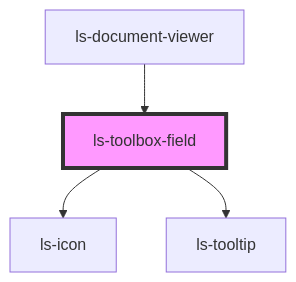
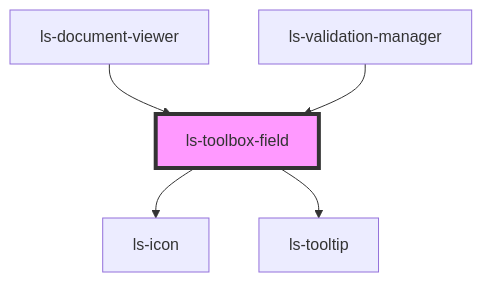
One commit to legalesign/ls-document-viewer changed the diagram in src/components/ls-toolbox-field/readme.md. Above: the diagram before and after it, drawn with Mermaid. The commit also changed other lines of this file and 17 other files, not shown here.

````diff
--- a/src/components/ls-toolbox-field/readme.md
+++ b/src/components/ls-toolbox-field/readme.md
@@ -44,7 +45,8 @@
 ```mermaid
 graph TD;
   ls-toolbox-field --> ls-icon
   ls-toolbox-field --> ls-tooltip
   ls-document-viewer --> ls-toolbox-field
+  ls-validation-manager --> ls-toolbox-field
   style ls-toolbox-field fill:#f9f,stroke:#333,stroke-width:4px
 ```
````
